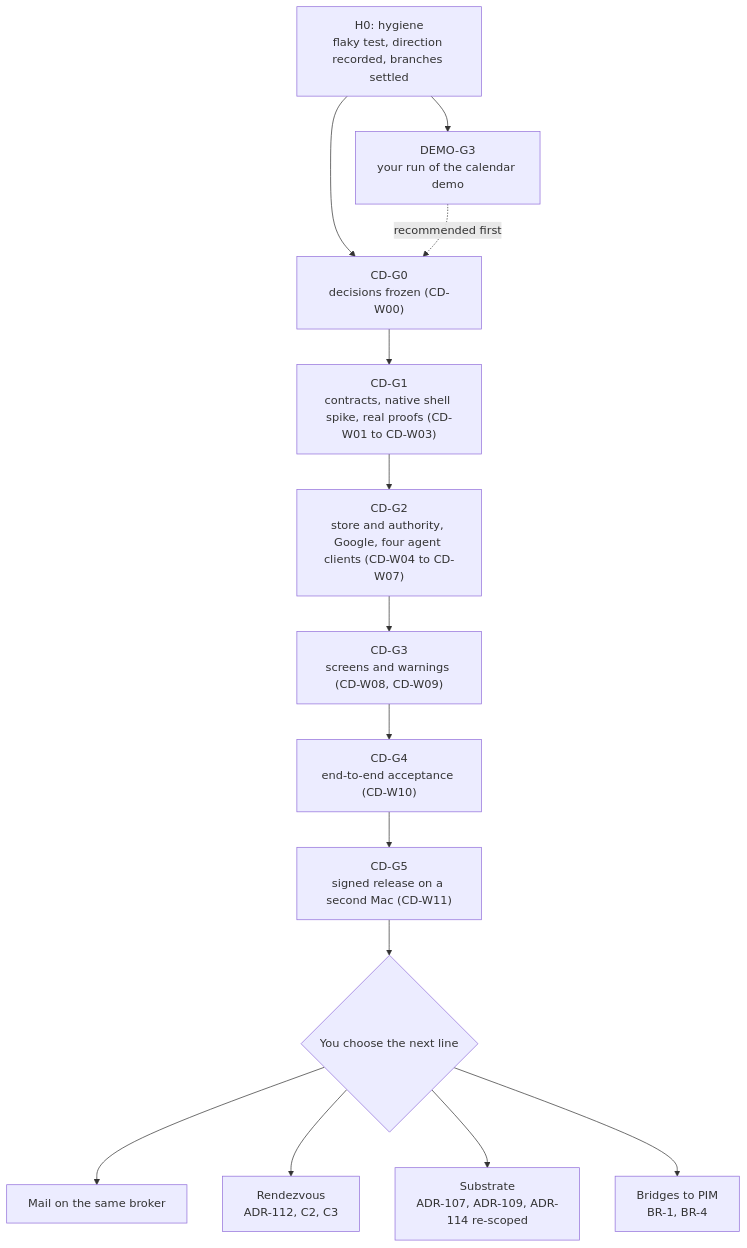
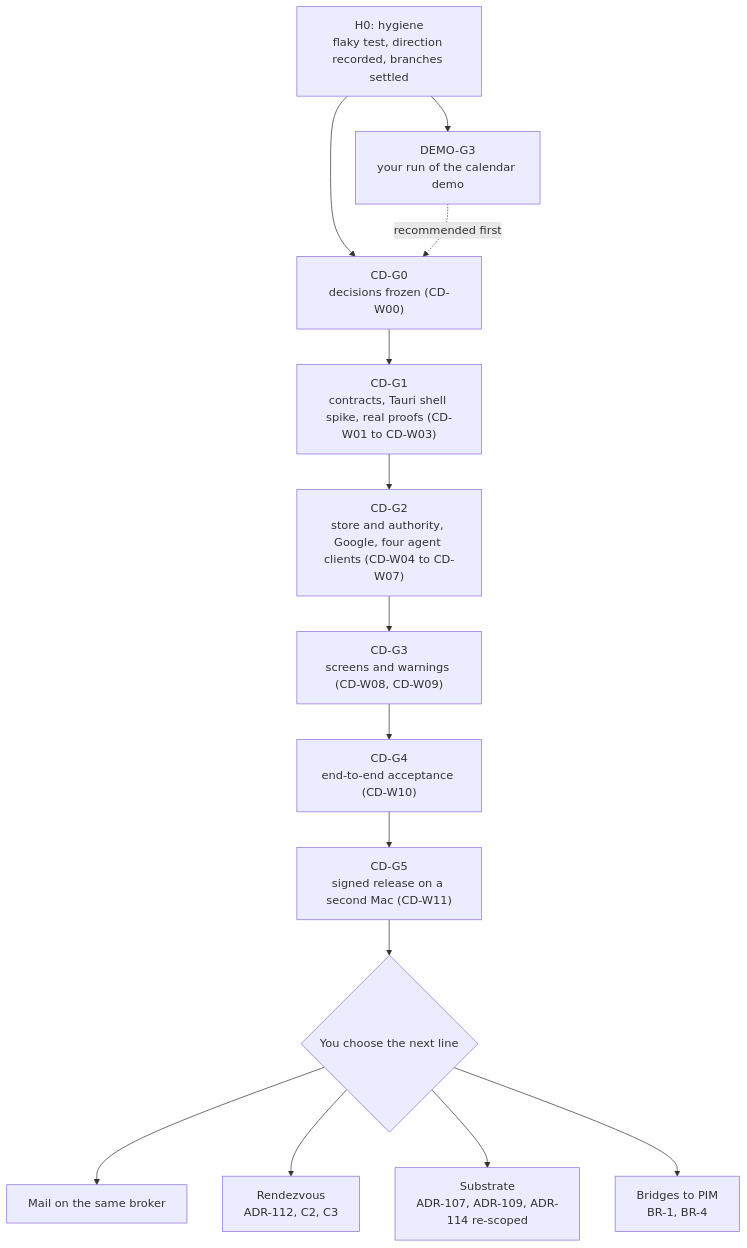
The diagram in docs/roadmap.md (aregm/fabric), drawn with Mermaid before and after one commit. The commit also changed other lines of this file and 6 other files, not shown here.

First line of the commit message:
Record gate CD-G0: decisions, Tauri shell, permission model

````diff
--- a/docs/roadmap.md
+++ b/docs/roadmap.md
@@ -120,16 +125,16 @@
 ```mermaid
 flowchart TB
     H0["H0: hygiene<br/>flaky test, direction recorded, branches settled"] --> DG3["DEMO-G3<br/>your run of the calendar demo"]
     H0 --> G0["CD-G0<br/>decisions frozen (CD-W00)"]
     DG3 -. "recommended first" .-> G0
-    G0 --> G1["CD-G1<br/>contracts, native shell spike, real proofs (CD-W01 to CD-W03)"]
+    G0 --> G1["CD-G1<br/>contracts, Tauri shell spike, real proofs (CD-W01 to CD-W03)"]
     G1 --> G2["CD-G2<br/>store and authority, Google, four agent clients (CD-W04 to CD-W07)"]
     G2 --> G3["CD-G3<br/>screens and warnings (CD-W08, CD-W09)"]
     G3 --> G4["CD-G4<br/>end-to-end acceptance (CD-W10)"]
     G4 --> G5["CD-G5<br/>signed release on a second Mac (CD-W11)"]
     G5 --> NEXT{"You choose the next line"}
     NEXT --> MAIL["Mail on the same broker"]
     NEXT --> RV["Rendezvous<br/>ADR-112, C2, C3"]
     NEXT --> SUB["Substrate<br/>ADR-107, ADR-109, ADR-114 re-scoped"]
     NEXT --> BR["Bridges to PIM<br/>BR-1, BR-4"]
 ```
````
